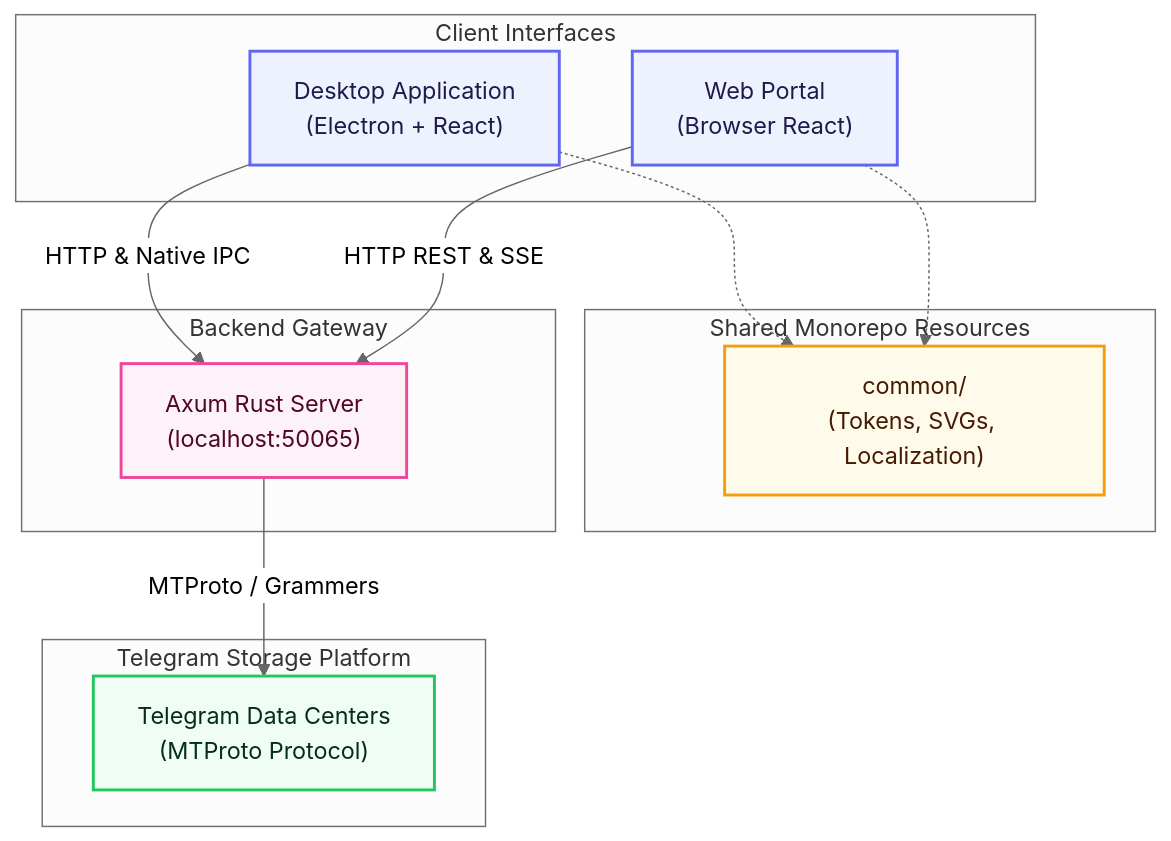
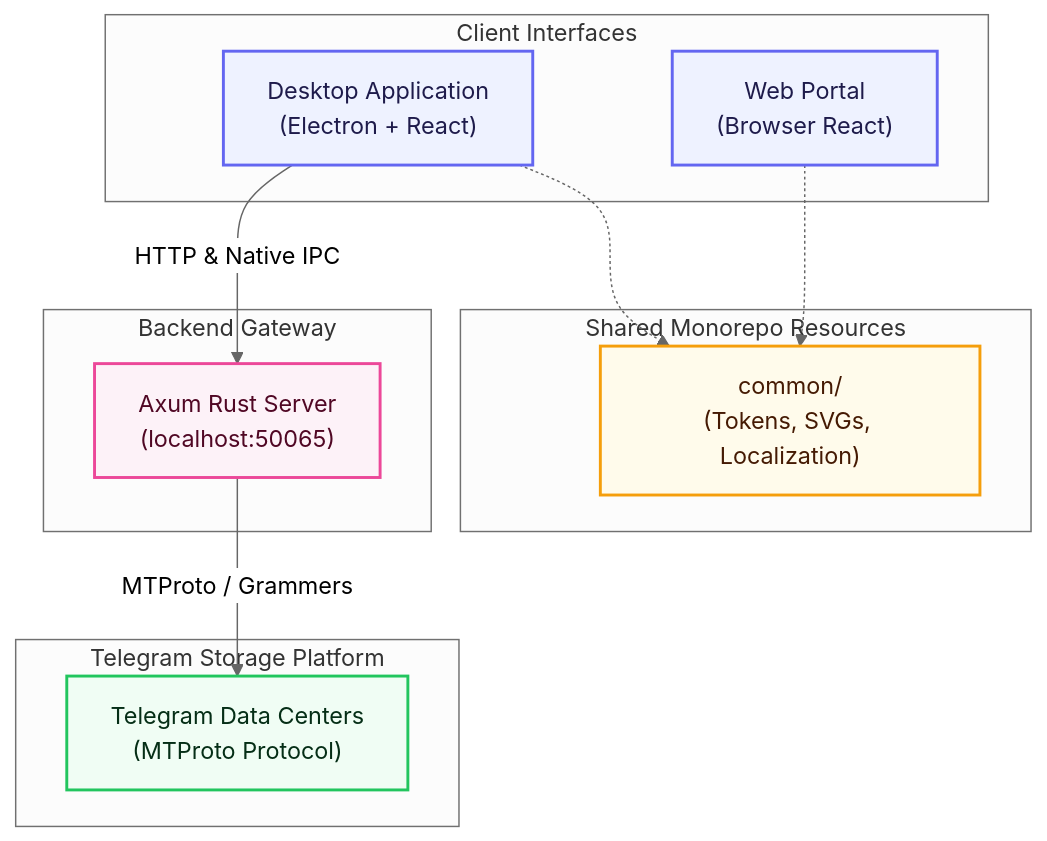
One commit to Telegramonic/telegramonic changed the diagram in README.md. Above: the diagram before and after it, drawn with Mermaid (neutral theme). The commit also changed other lines of this file and 1 other file, not shown here.

First line of the commit message:
docs(TEL-20): remove server connection references from web documentation

````diff
--- a/README.md
+++ b/README.md
@@ -7,31 +7,30 @@
 ```mermaid
 graph TD
     %% Styling
     classDef client fill:#eef2ff,stroke:#6366f1,stroke-width:2px,color:#1e1b4b;
     classDef common fill:#fffbeb,stroke:#f59e0b,stroke-width:2px,color:#451a03;
     classDef server fill:#fdf2f8,stroke:#ec4899,stroke-width:2px,color:#500724;
     classDef telegram fill:#f0fdf4,stroke:#22c55e,stroke-width:2px,color:#052e16;
 
     subgraph Frontends ["Client Interfaces"]
         Desktop["Desktop Application<br/>(Electron + React)"]:::client
         Web["Web Portal<br/>(Browser React)"]:::client
     end
 
     subgraph Shared ["Shared Monorepo Resources"]
         Common["common/<br/>(Tokens, SVGs, Localization)"]:::common
     end
 
     subgraph BackendGateway ["Backend Gateway"]
         Server["Axum Rust Server<br/>(localhost:50065)"]:::server
     end
 
     subgraph TelegramCloud ["Telegram Storage Platform"]
         TelegramDC["Telegram Data Centers<br/>(MTProto Protocol)"]:::telegram
     end
 
     %% Connections
     Desktop & Web -.-> Common
     Desktop -- "HTTP & Native IPC" --> Server
-    Web -- "HTTP REST & SSE" --> Server
     Server -- "MTProto / Grammers" --> TelegramDC
 ```
````
